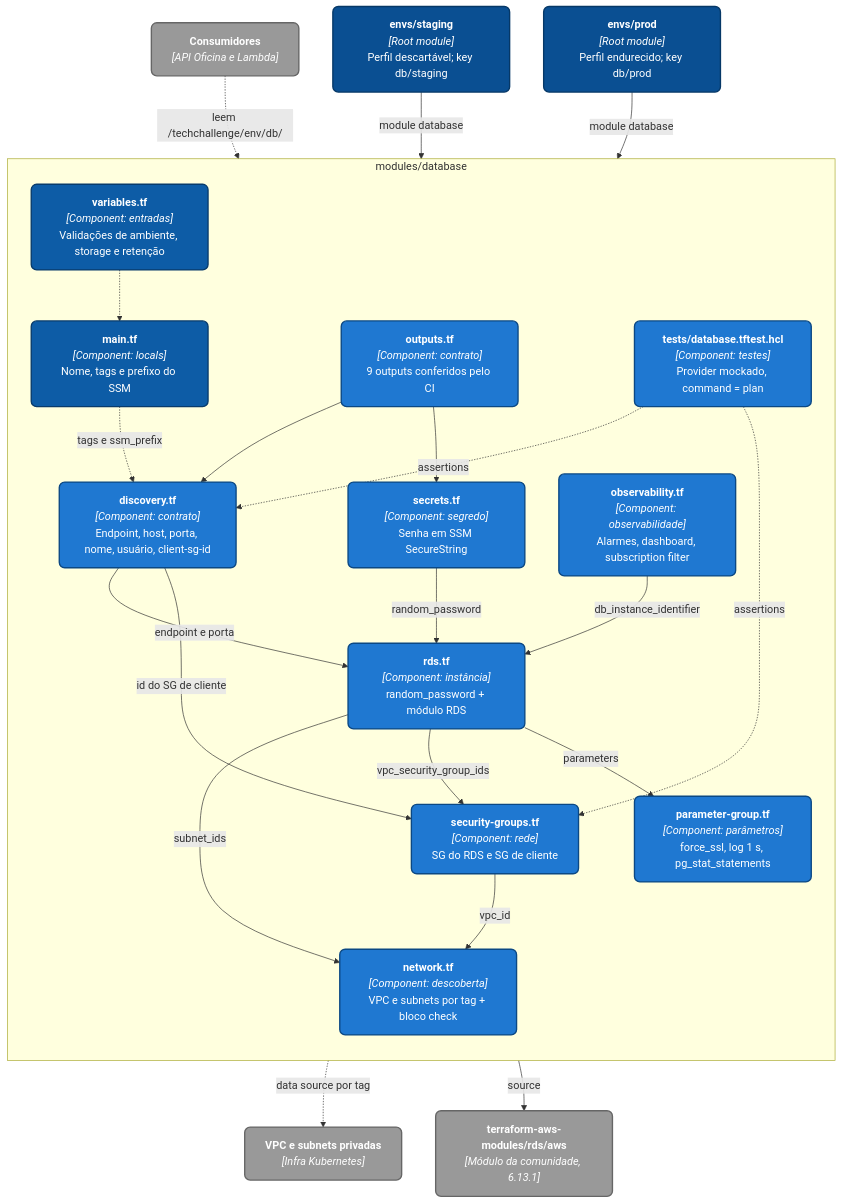
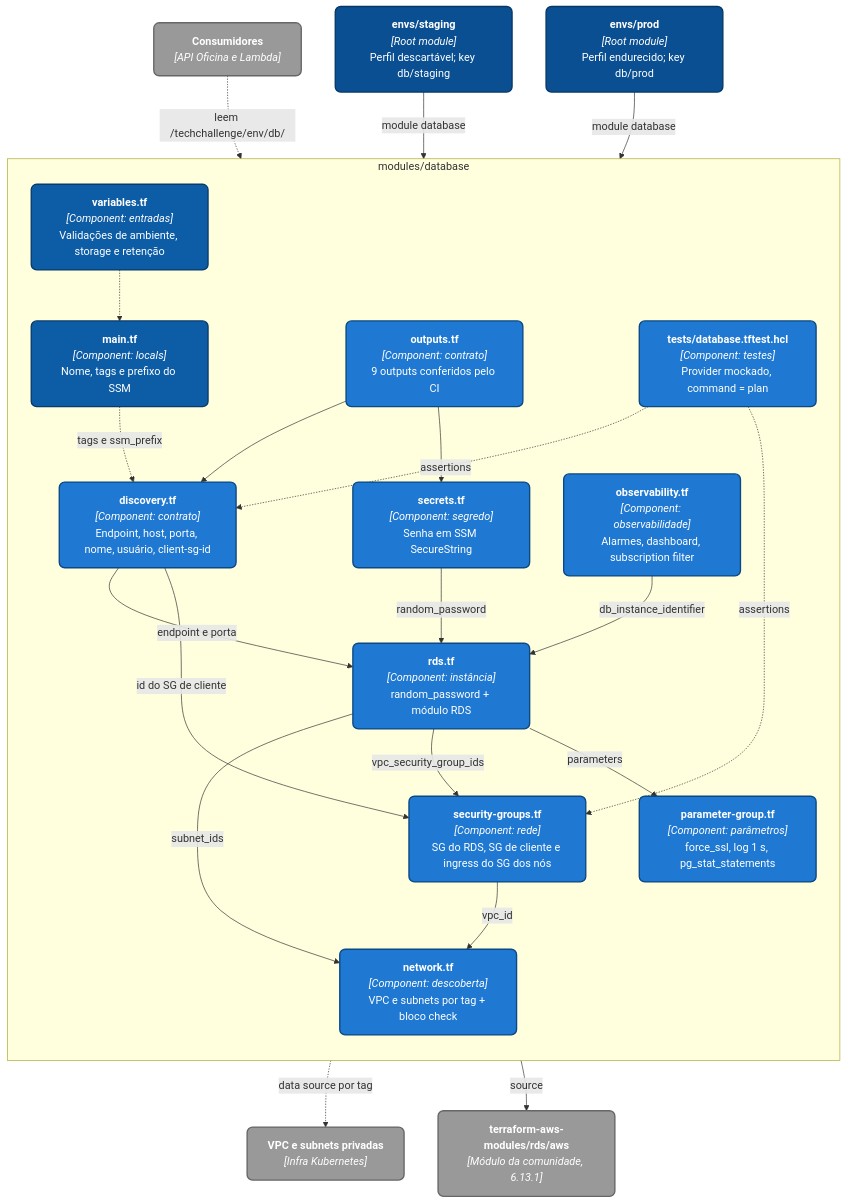
Before and after one commit to DevKaue/tech-challenge-database-infra: the diagram in docs/C4Model/components.mmd, drawn with Mermaid. The commit also changed 6 other files, not shown here.

Commit message:
docs: atualiza diagramas e guias para o ingress pelo SG dos nós

```diff
--- a/docs/C4Model/components.mmd
+++ b/docs/C4Model/components.mmd
@@ -1,55 +1,55 @@
 graph TD
     %% Estilos visuais
     classDef systemBoundary fill:#e7f1ff,stroke:#0b4884,stroke-width:2px,color:#052c65,rx:10px,ry:10px;
     classDef container fill:#1168bd,stroke:#0b4884,stroke-width:2px,color:#ffffff,rx:8px,ry:8px;
     classDef component fill:#1f78d1,stroke:#0b4884,stroke-width:2px,color:#ffffff,rx:8px,ry:8px;
     classDef sharedKernel fill:#0d5ca6,stroke:#083b6c,stroke-width:2px,color:#ffffff,rx:8px,ry:8px;
     classDef infra fill:#0a4f92,stroke:#063867,stroke-width:2px,color:#ffffff,rx:8px,ry:8px;
     classDef database fill:#0b4884,stroke:#052c65,stroke-width:2px,color:#ffffff,rx:8px,ry:8px;
     classDef extSystem fill:#999999,stroke:#666666,stroke-width:2px,color:#ffffff,rx:8px,ry:8px;
 
     %% Raízes por ambiente
     STG["<b>envs/staging</b><br/><i>[Root module]</i><br/>Perfil descartável; key db/staging"]:::infra
     PRD["<b>envs/prod</b><br/><i>[Root module]</i><br/>Perfil endurecido; key db/prod"]:::infra
 
     %% Externos
     VPC["<b>VPC e subnets privadas</b><br/><i>[Infra Kubernetes]</i>"]:::extSystem
     RDSMOD["<b>terraform-aws-modules/rds/aws</b><br/><i>[Módulo da comunidade, 6.13.1]</i>"]:::extSystem
     CONS["<b>Consumidores</b><br/><i>[API Oficina e Lambda]</i>"]:::extSystem
 
     subgraph SB["modules/database"]
         direction TB
         MAIN["<b>main.tf</b><br/><i>[Component: locals]</i><br/>Nome, tags e prefixo do SSM"]:::sharedKernel
         VAR["<b>variables.tf</b><br/><i>[Component: entradas]</i><br/>Validações de ambiente, storage e retenção"]:::sharedKernel
         NET["<b>network.tf</b><br/><i>[Component: descoberta]</i><br/>VPC e subnets por tag + bloco check"]:::component
-        SGS["<b>security-groups.tf</b><br/><i>[Component: rede]</i><br/>SG do RDS e SG de cliente"]:::component
+        SGS["<b>security-groups.tf</b><br/><i>[Component: rede]</i><br/>SG do RDS, SG de cliente e ingress do SG dos nós"]:::component
         PGR["<b>parameter-group.tf</b><br/><i>[Component: parâmetros]</i><br/>force_ssl, log 1 s, pg_stat_statements"]:::component
         RDS["<b>rds.tf</b><br/><i>[Component: instância]</i><br/>random_password + módulo RDS"]:::component
         SEC["<b>secrets.tf</b><br/><i>[Component: segredo]</i><br/>Senha em SSM SecureString"]:::component
         DISC["<b>discovery.tf</b><br/><i>[Component: contrato]</i><br/>Endpoint, host, porta, nome, usuário, client-sg-id"]:::component
         OBSV["<b>observability.tf</b><br/><i>[Component: observabilidade]</i><br/>Alarmes, dashboard, subscription filter"]:::component
         OUT["<b>outputs.tf</b><br/><i>[Component: contrato]</i><br/>9 outputs conferidos pelo CI"]:::component
         TEST["<b>tests/database.tftest.hcl</b><br/><i>[Component: testes]</i><br/>Provider mockado, command = plan"]:::component
     end
     class SB systemBoundary
 
     STG -->|"module database"| SB
     PRD -->|"module database"| SB
 
     NET -.->|"data source por tag"| VPC
     SGS -->|"vpc_id"| NET
     RDS -->|"subnet_ids"| NET
     RDS -->|"vpc_security_group_ids"| SGS
     RDS -->|"parameters"| PGR
     RDS -->|"source"| RDSMOD
     SEC -->|"random_password"| RDS
     DISC -->|"endpoint e porta"| RDS
     DISC -->|"id do SG de cliente"| SGS
     OBSV -->|"db_instance_identifier"| RDS
     OUT --> DISC
     OUT --> SEC
     MAIN -.->|"tags e ssm_prefix"| DISC
     VAR -.-> MAIN
     TEST -.->|"assertions"| DISC
     TEST -.->|"assertions"| SGS
     CONS -.->|"leem /techchallenge/env/db/"| DISC
```
